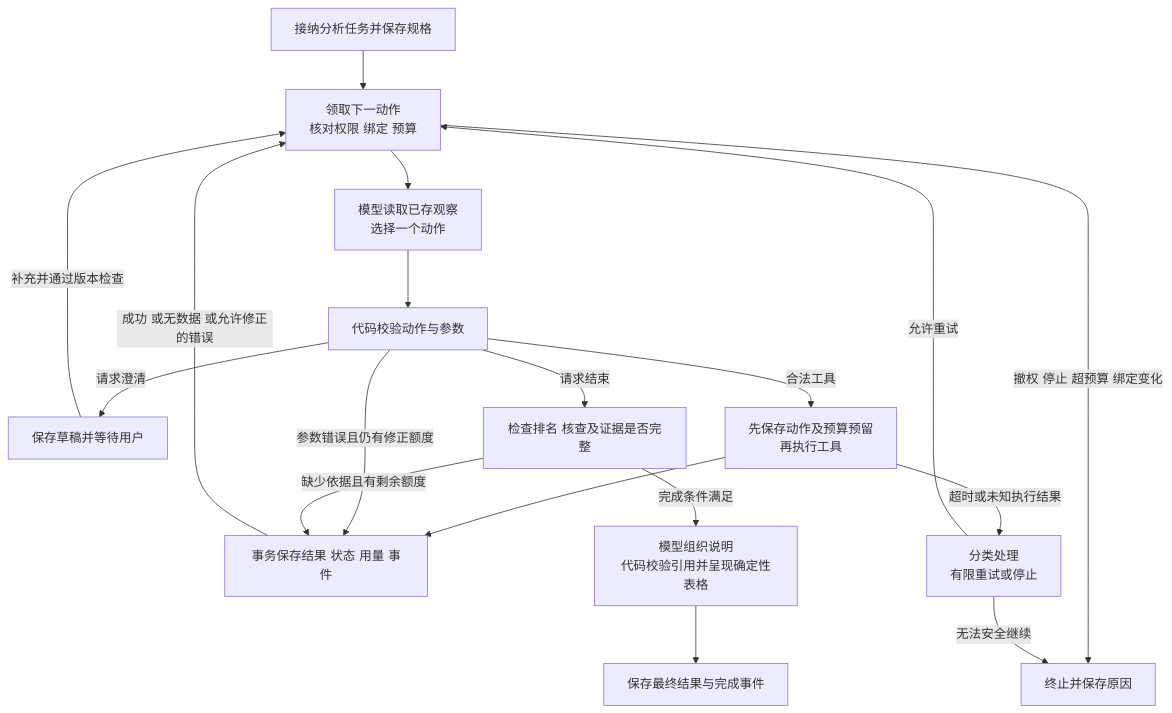
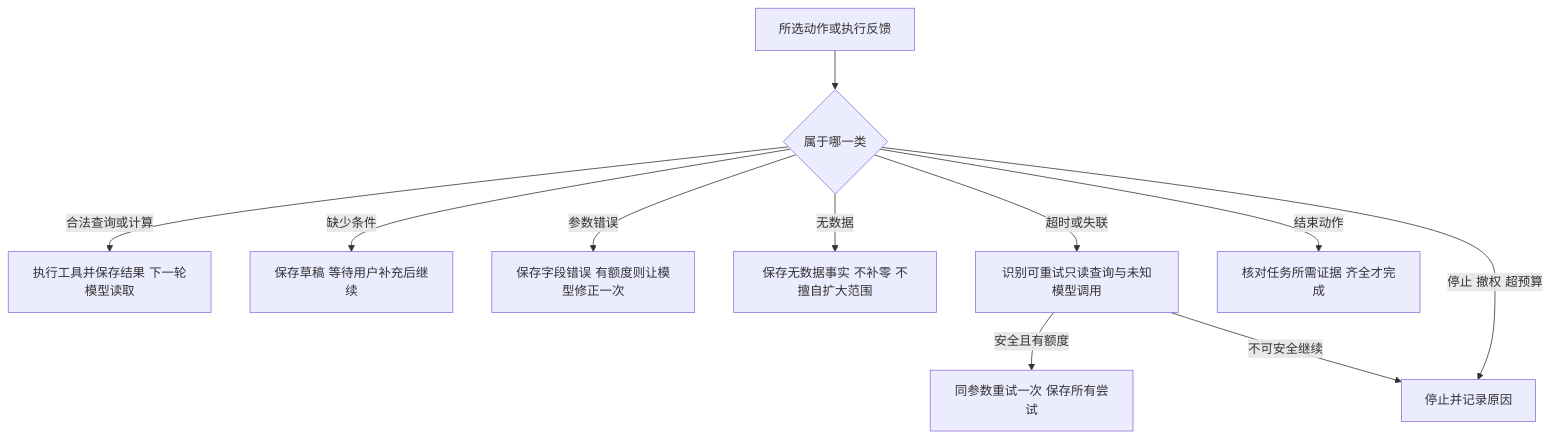
The third of 4 diagrams in docs/business-analysis-assistant-design.md (zjqylhy/nl2sql_agent), drawn with Mermaid before and after one commit. The commit also changed other lines of this file, not shown here.

````diff
--- a/docs/business-analysis-assistant-design.md
+++ b/docs/business-analysis-assistant-design.md
@@ -142,20 +230,13 @@
 ```mermaid
 flowchart TD
-    I[接纳分析任务并保存规格] --> R[领取下一动作\n核对权限 绑定 预算]
-    R --> D[模型读取已存观察\n选择一个动作]
-    D --> V[代码校验动作与参数]
-    V -->|请求澄清| W[保存草稿并等待用户]
-    W -->|补充并通过版本检查| R
-    V -->|合法工具| T[先保存动作及预算预留\n再执行工具]
-    T --> S[事务保存结果 状态 用量 事件]
-    S -->|成功 或无数据 或允许修正的错误| R
-    V -->|参数错误且仍有修正额度| S
-    V -->|请求结束| C[检查排名 核查及证据是否完整]
-    C -->|缺少依据且有剩余额度| S
-    C -->|完成条件满足| F[模型组织说明\n代码校验引用并呈现确定性表格]
-    F --> O[保存最终结果与完成事件]
-    R -->|撤权 停止 超预算 绑定变化| X[终止并保存原因]
-    T -->|超时或未知执行结果| E[分类处理\n有限重试或停止]
-    E -->|允许重试| R
-    E -->|无法安全继续| X
+    A[所选动作或执行反馈] --> K{属于哪一类}
+    K -->|合法查询或计算| T[执行工具并保存结果 下一轮模型读取]
+    K -->|缺少条件| W[保存草稿 等待用户补充后继续]
+    K -->|参数错误| R[保存字段错误 有额度则让模型修正一次]
+    K -->|无数据| N[保存无数据事实 不补零 不擅自扩大范围]
+    K -->|超时或失联| E[识别可重试只读查询与未知模型调用]
+    E -->|安全且有额度| Q[同参数重试一次 保存所有尝试]
+    E -->|不可安全继续| X[停止并记录原因]
+    K -->|结束动作| F[核对任务所需证据 齐全才完成]
+    K -->|停止 撤权 超预算| X
 ```
````
